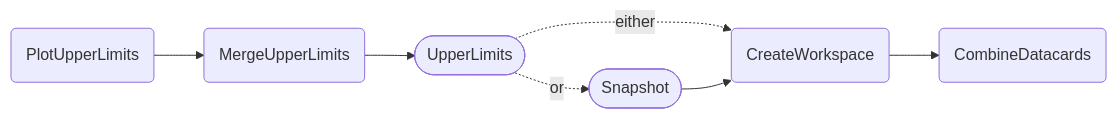
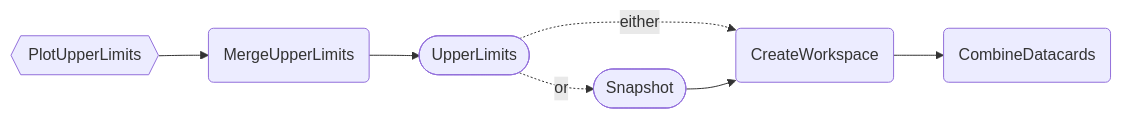
The first of 3 diagrams in docs/content/tasks/limits.md (cms-hh/inference_tools), drawn with Mermaid before and after one commit. The commit also changed other lines of this file and 20 other files, not shown here.

````diff
--- a/docs/content/tasks/limits.md
+++ b/docs/content/tasks/limits.md
@@ -31,9 +31,9 @@
 ```mermaid
 graph LR;
-    A(PlotUpperLimits) --> B(MergeUpperLimits);
+    A{{PlotUpperLimits}} --> B(MergeUpperLimits);
     B --> C([UpperLimits]);
     C -. either .-> D(CreateWorkspace);
     D --> E(CombineDatacards);
     C -. or .-> F([Snapshot]);
     F --> D;
 ```
````
